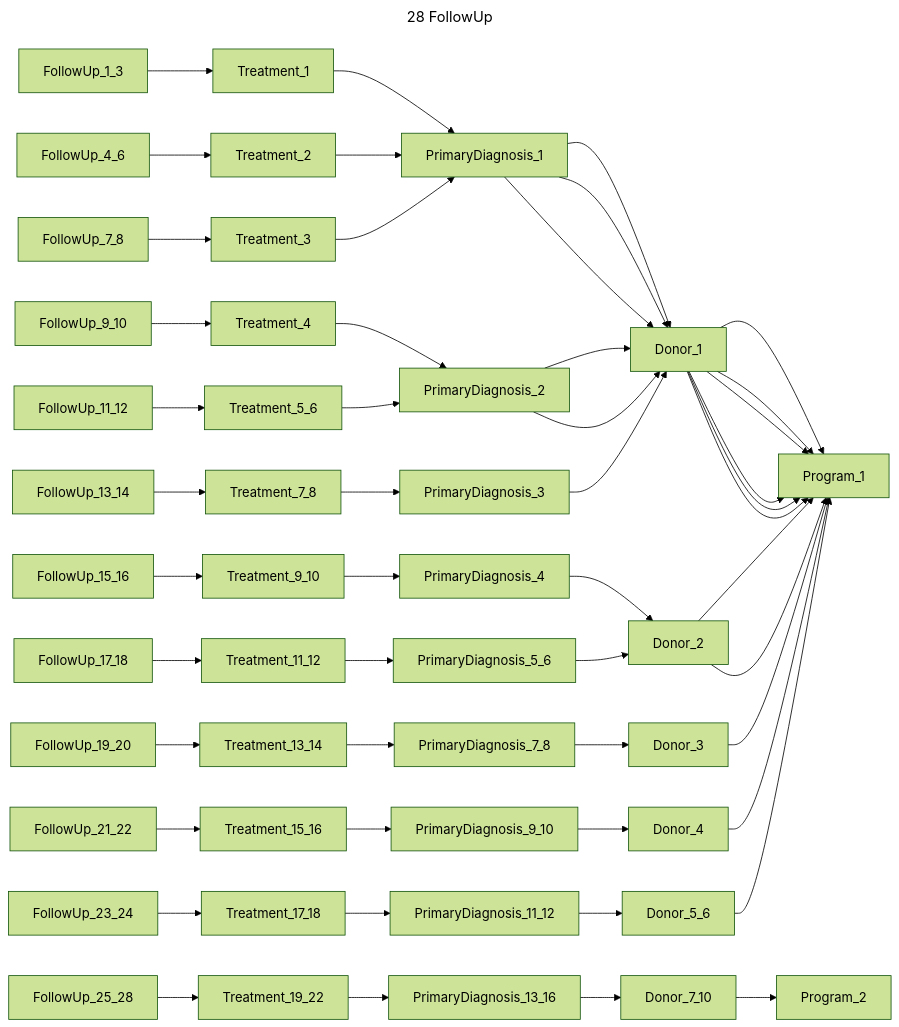
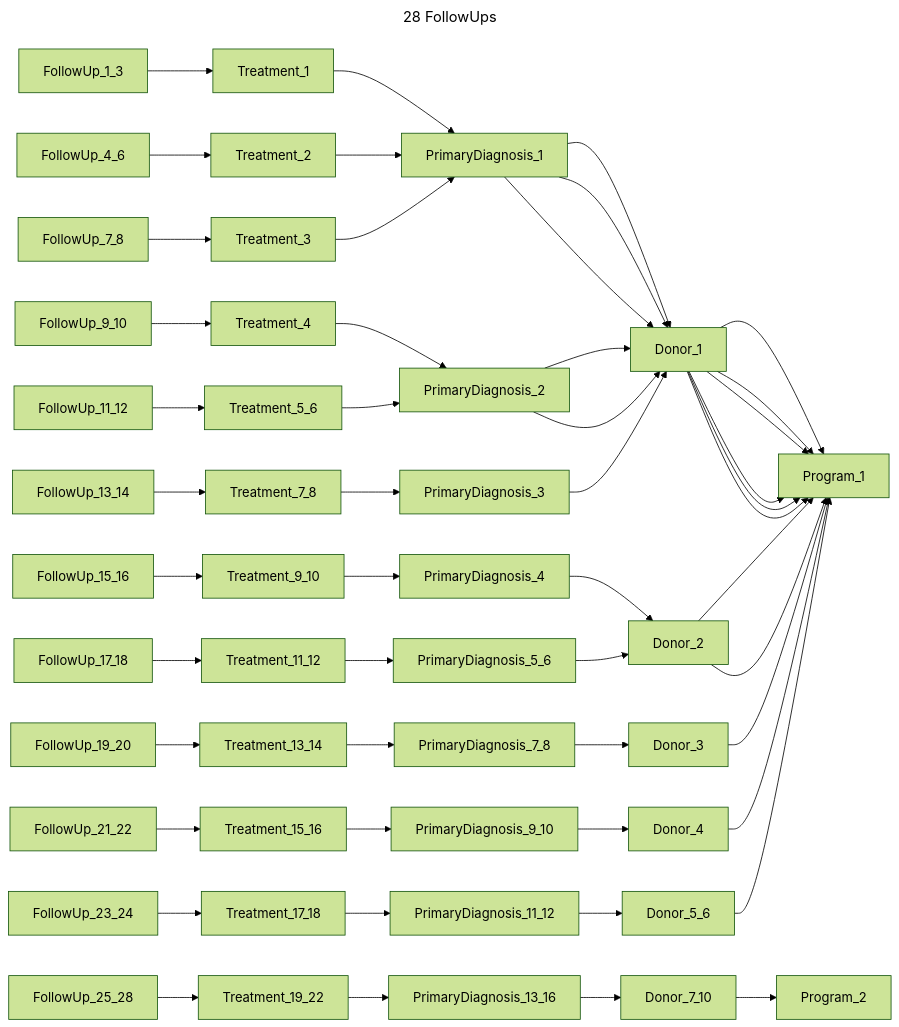
Before and after one commit to bento-platform/katsu: diagram 11 of 13 in chord_metadata_service/mohpackets/data/small_dataset/README.md, drawn with Mermaid (forest theme). The commit also changed other lines of this file, not shown here.

````diff
--- a/chord_metadata_service/mohpackets/data/small_dataset/README.md
+++ b/chord_metadata_service/mohpackets/data/small_dataset/README.md
@@ -232,18 +147,18 @@
 ```mermaid
 ---
-title: 28 FollowUp
+title: 28 FollowUps
 ---
 graph LR;  
   FollowUp_1_3 --> Treatment_1 --> PrimaryDiagnosis_1 --> Donor_1 --> Program_1;  
   FollowUp_4_6 --> Treatment_2 --> PrimaryDiagnosis_1 --> Donor_1 --> Program_1;  
   FollowUp_7_8 --> Treatment_3 --> PrimaryDiagnosis_1 --> Donor_1 --> Program_1;  
   FollowUp_9_10 --> Treatment_4 --> PrimaryDiagnosis_2 --> Donor_1 --> Program_1;  
   FollowUp_11_12 --> Treatment_5_6 --> PrimaryDiagnosis_2 --> Donor_1 --> Program_1;  
   FollowUp_13_14 --> Treatment_7_8 --> PrimaryDiagnosis_3 --> Donor_1 --> Program_1;  
   FollowUp_15_16 --> Treatment_9_10 --> PrimaryDiagnosis_4 --> Donor_2 --> Program_1;  
   FollowUp_17_18 --> Treatment_11_12 --> PrimaryDiagnosis_5_6 --> Donor_2 --> Program_1;  
   FollowUp_19_20 --> Treatment_13_14 --> PrimaryDiagnosis_7_8 --> Donor_3 --> Program_1;  
   FollowUp_21_22 --> Treatment_15_16 --> PrimaryDiagnosis_9_10 --> Donor_4 --> Program_1;  
   FollowUp_23_24 --> Treatment_17_18 --> PrimaryDiagnosis_11_12 --> Donor_5_6 --> Program_1;  
   FollowUp_25_28 --> Treatment_19_22 --> PrimaryDiagnosis_13_16 --> Donor_7_10 --> Program_2;
 ```
````
